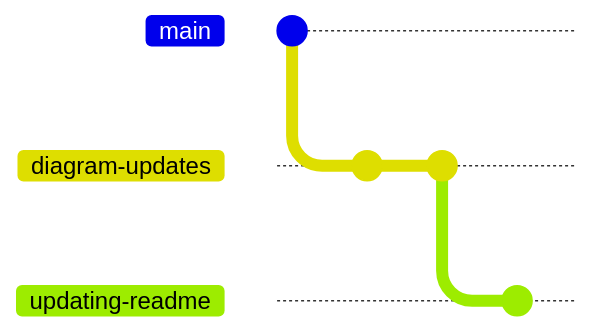
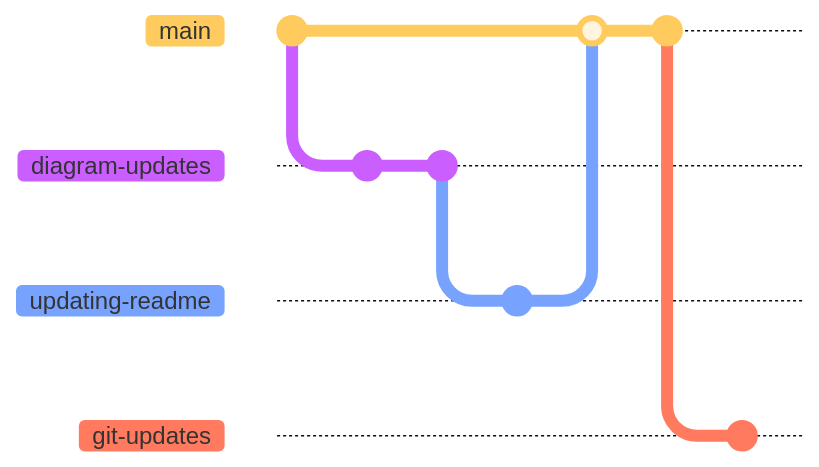
Before and after one commit to Gainwell-MDonnelly/Connecticut: the diagram in README.md, drawn with Mermaid. The commit also changed other lines of this file, not shown here. Commit ids are hidden.

Commit message:
git-updates work

````diff
--- a/README.md
+++ b/README.md
@@ -3,22 +1,25 @@
 ```mermaid
-
-
+---
+config:
+  logLevel: 'debug'
+  theme: 'base'
+---
 gitGraph
+    checkout main
     commit id: "Init"
     branch diagram-updates
     commit id: "diagram-updates work"
     checkout diagram-updates
       commit id: "more diagram-updates work"
       checkout diagram-updates
       branch updating-readme
       commit id: "updating-readme work"
-    
-    
-  
-
-
-    
-  
-
+      checkout main
+      merge updating-readme
+      commit
+      checkout main
+      branch git-updates
+      checkout git-updates
+      commit id: "git-updates work"
 
 ```
````
